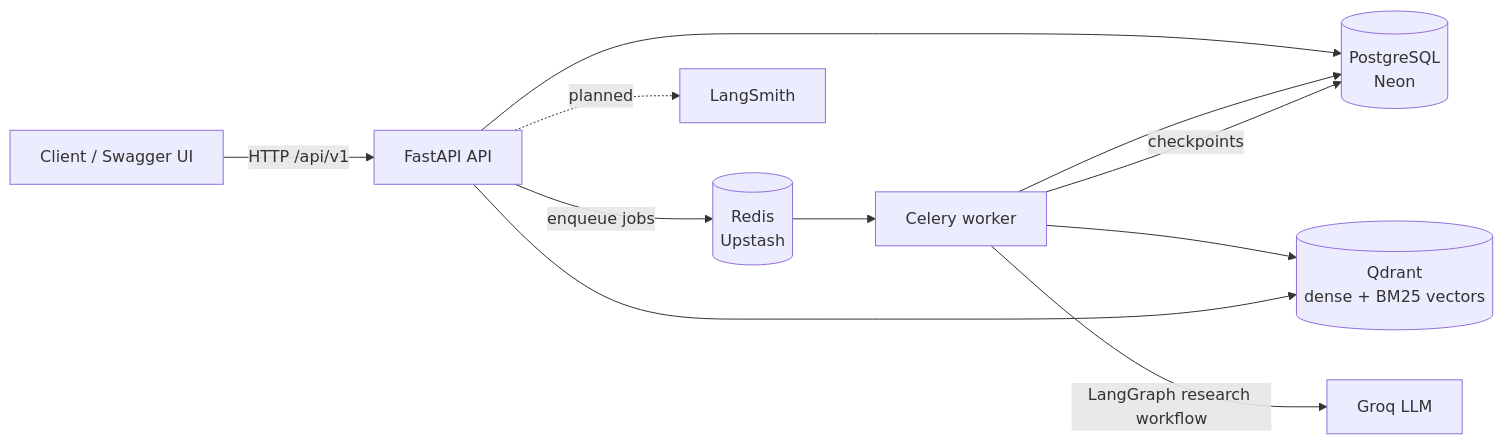
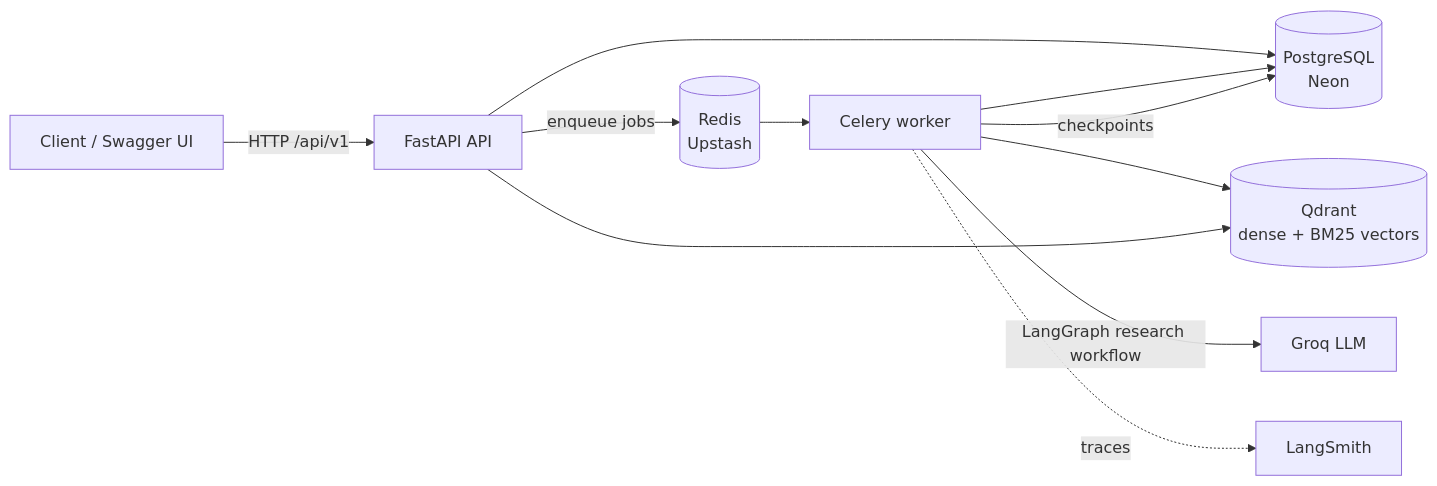
Before and after one commit to Nazir-Ahmed72/ResearchPilot: the first of 3 diagrams in README.md, drawn with Mermaid. The commit also changed other lines of this file and 131 other files, not shown here.

Commit message:
M5: LangSmith tracing, evaluation framework (E1-E5, Ragas, citation metrics)

````diff
--- a/README.md
+++ b/README.md
@@ -86,13 +85,13 @@
 ```mermaid
 flowchart LR
     client[Client / Swagger UI] -->|HTTP /api/v1| api[FastAPI API]
     api -->|enqueue jobs| redis[(Redis<br/>Upstash)]
     redis --> worker[Celery worker]
     api --> pg[(PostgreSQL<br/>Neon)]
     worker --> pg
     worker --> qdrant[(Qdrant<br/>dense + BM25 vectors)]
     api --> qdrant
     worker -->|LangGraph research workflow| groq[Groq LLM]
     worker -->|checkpoints| pg
-    api -. planned .-> langsmith[LangSmith]
+    worker -. traces .-> langsmith[LangSmith]
 ```
````
